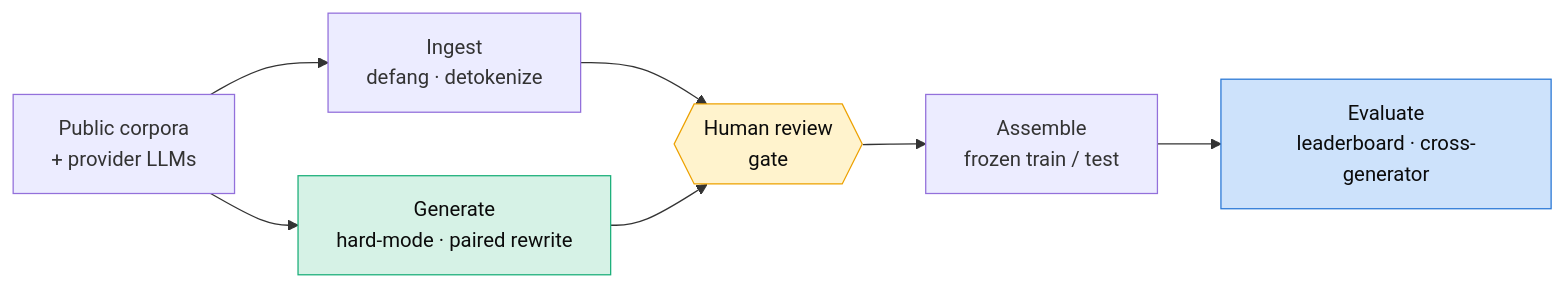
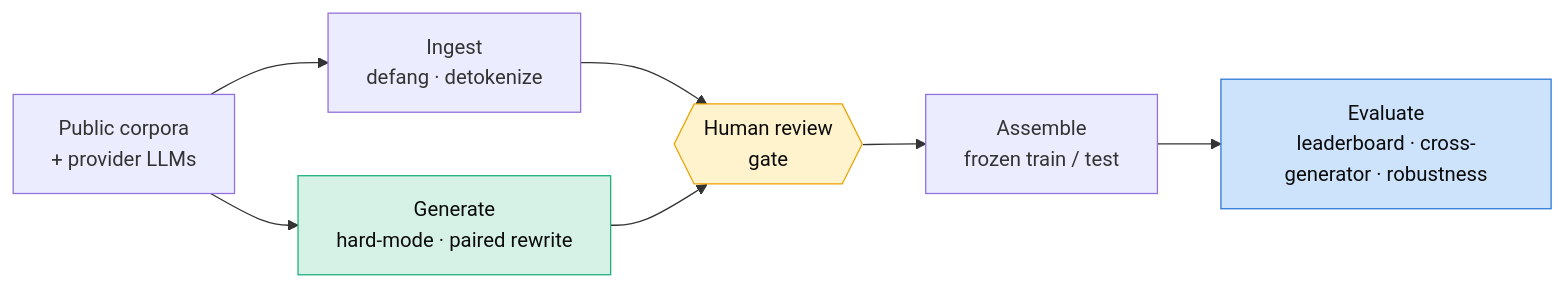
One commit to immu4989/lurebench changed the diagram in README.md. Above: the diagram before and after it, drawn with Mermaid. The commit also changed other lines of this file and 2 other files, not shown here.

First line of the commit message:
README: robustness chart, who-it's-for guide, v0.3 polish

````diff
--- a/README.md
+++ b/README.md
@@ -51,12 +71,12 @@
 ```mermaid
 flowchart LR
     S["Public corpora<br/>+ provider LLMs"] --> ING["Ingest<br/>defang · detokenize"]
     S --> GEN["Generate<br/>hard-mode · paired rewrite"]
     ING --> REV{{"Human review<br/>gate"}}
     GEN --> REV
     REV --> ASM["Assemble<br/>frozen train / test"]
-    ASM --> EVAL["Evaluate<br/>leaderboard · cross-generator"]
+    ASM --> EVAL["Evaluate<br/>leaderboard · cross-generator · robustness"]
     style REV fill:#fff3cd,stroke:#eda100,color:#0b0b0b
     style EVAL fill:#cde2fb,stroke:#2a78d6,color:#0b0b0b
     style GEN fill:#d6f2e6,stroke:#1baf7a,color:#0b0b0b
 ```
````
